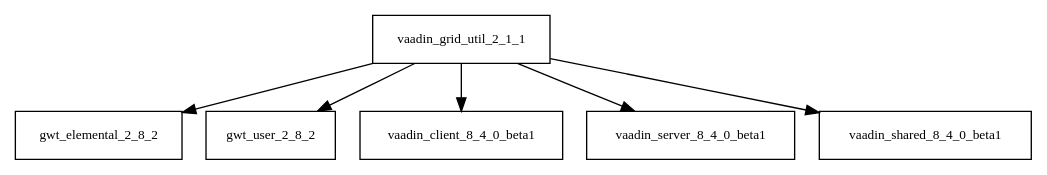
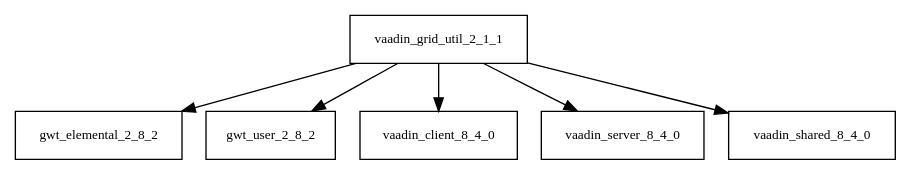
The diagram in tattleTaleReport/graphviz/vaadin-grid-util-2.1.1.jar/vaadin-grid-util-2.1.1.jar.dot (sjvs/cia), drawn with Graphviz before and after one commit. The commit also changed 1518 other files, not shown here.

```diff
--- a/tattleTaleReport/graphviz/vaadin-grid-util-2.1.1.jar/vaadin-grid-util-2.1.1.jar.dot
+++ b/tattleTaleReport/graphviz/vaadin-grid-util-2.1.1.jar/vaadin-grid-util-2.1.1.jar.dot
@@ -1,8 +1,8 @@
 digraph vaadin_grid_util_2_1_1_dependencies {
   node [shape = box, fontsize=10.0];
   vaadin_grid_util_2_1_1 -> gwt_elemental_2_8_2;
   vaadin_grid_util_2_1_1 -> gwt_user_2_8_2;
-  vaadin_grid_util_2_1_1 -> vaadin_client_8_4_0_beta1;
-  vaadin_grid_util_2_1_1 -> vaadin_server_8_4_0_beta1;
-  vaadin_grid_util_2_1_1 -> vaadin_shared_8_4_0_beta1;
+  vaadin_grid_util_2_1_1 -> vaadin_client_8_4_0;
+  vaadin_grid_util_2_1_1 -> vaadin_server_8_4_0;
+  vaadin_grid_util_2_1_1 -> vaadin_shared_8_4_0;
 }
```
